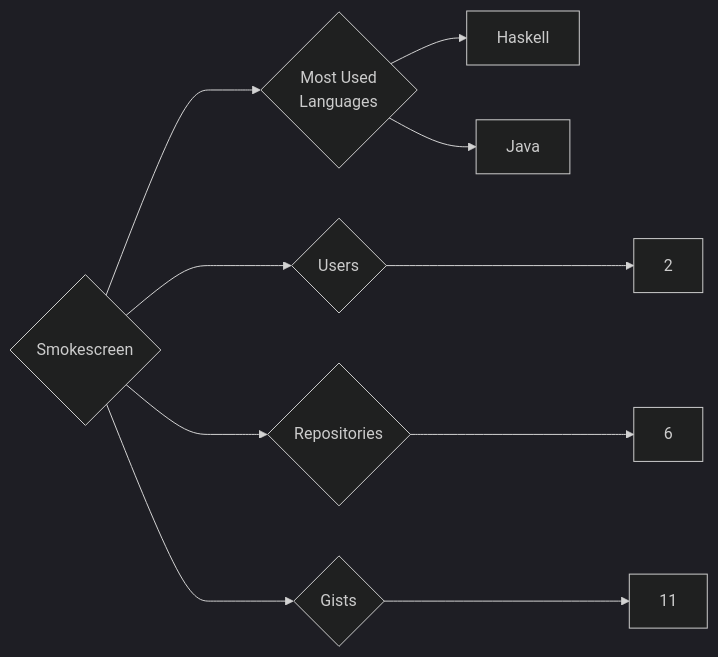
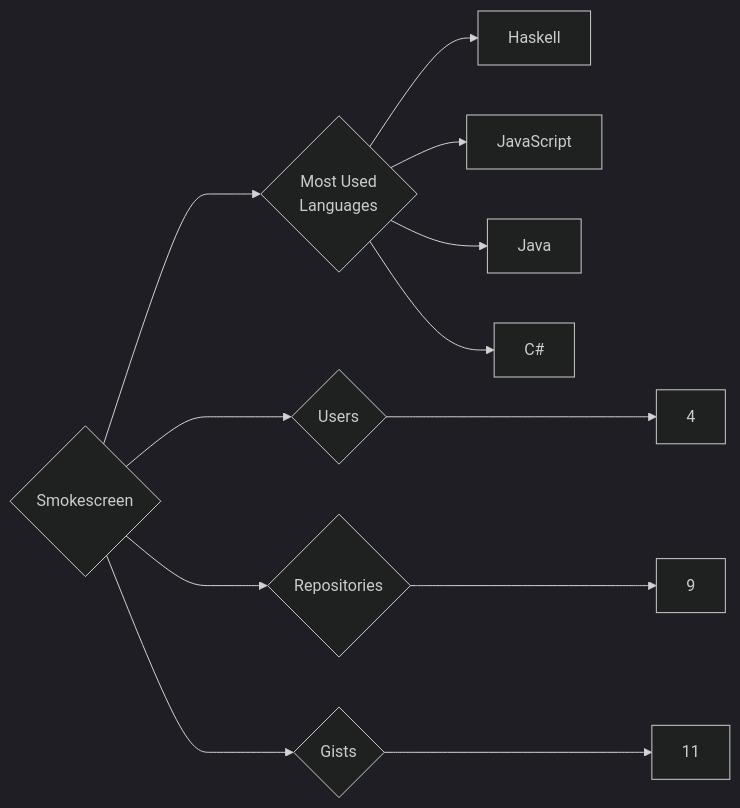
The diagram in targets/Smokescreen/README.md (trickest/insiders), drawn with Mermaid (dark theme) before and after one commit. The commit also changed 895 other files, not shown here.

````diff
--- a/targets/Smokescreen/README.md
+++ b/targets/Smokescreen/README.md
@@ -3,10 +3,12 @@
 ```mermaid
 graph LR
 COMPANY_NAME{Smokescreen}
-COMPANY_NAME ---> U{Users} ---> UN[2]
-COMPANY_NAME ---> R{Repositories} ---> RN[6]
+COMPANY_NAME ---> U{Users} ---> UN[4]
+COMPANY_NAME ---> R{Repositories} ---> RN[9]
 COMPANY_NAME ---> G{Gists} ---> GN[11]
 COMPANY_NAME ---> ML{Most Used<br>Languages}
 ML --> Haskell[Haskell]
+ML --> JavaScript[JavaScript]
 ML --> Java[Java]
+ML --> C#[C#]
 ```
````
